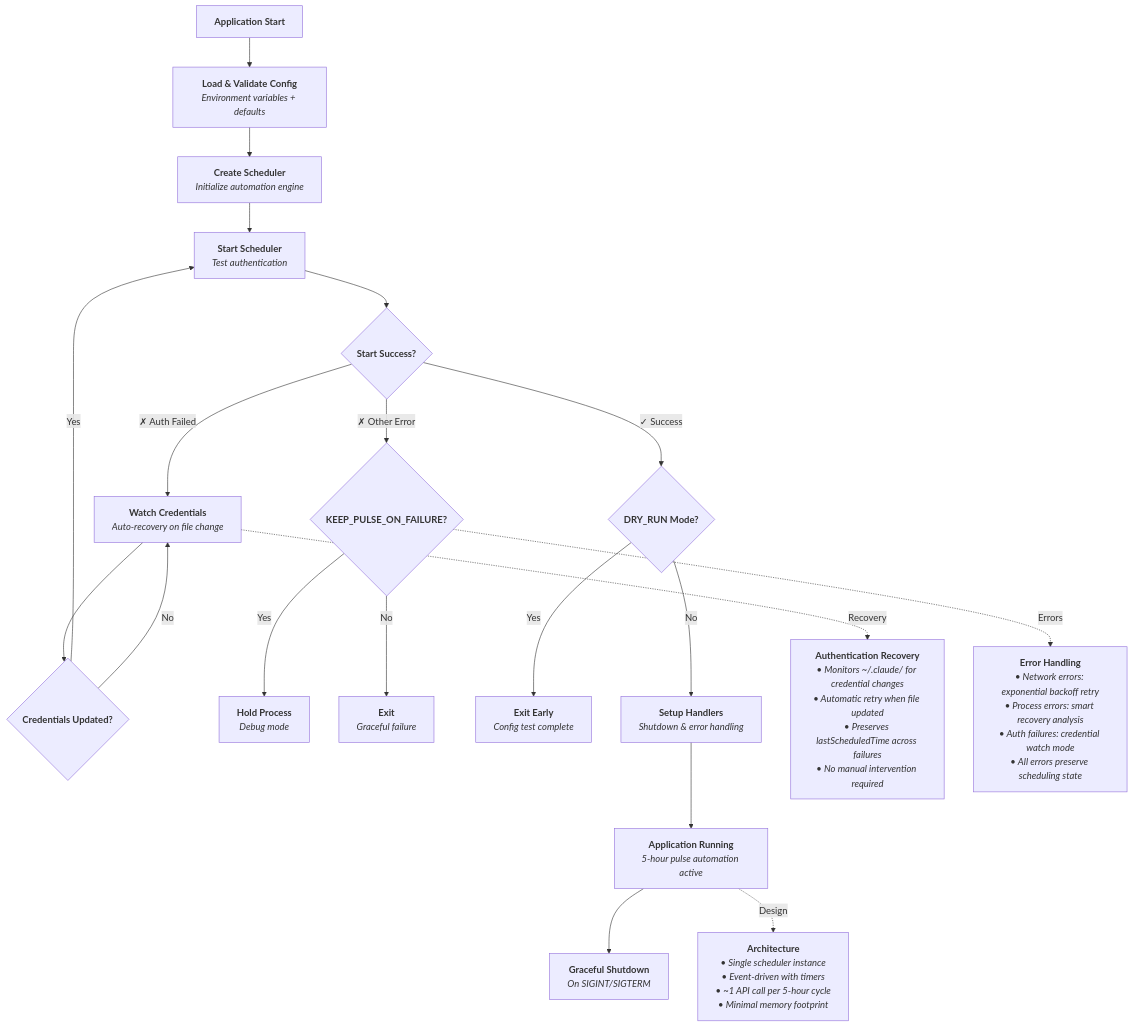
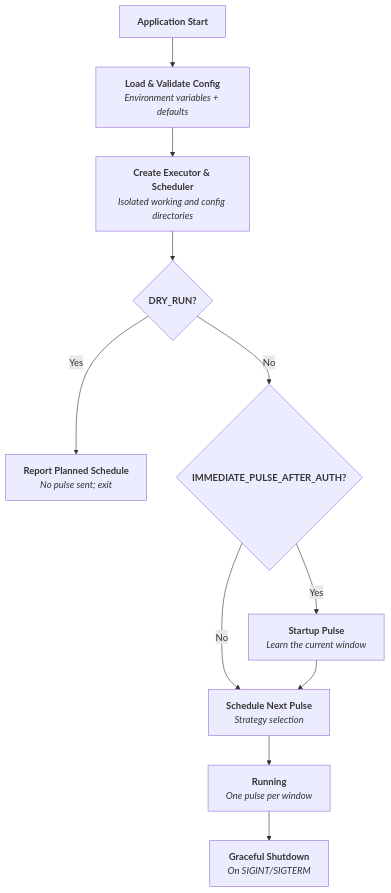
Before and after one commit to substance0/claudepulse: the second of 8 diagrams in docs/workflow-diagrams.md, drawn with Mermaid. The commit also changed other lines of this file and 5 other files, not shown here.

First line of the commit message:
docs: document window-driven scheduling and drop the data volume

````diff
--- a/docs/workflow-diagrams.md
+++ b/docs/workflow-diagrams.md
@@ -62,62 +52,26 @@
 ```mermaid
 graph TD
     A["`**Application Start**`"] --> B["`**Load & Validate Config**
     _Environment variables + defaults_`"]
 
-    B --> C["`**Create Scheduler**
-    _Initialize automation engine_`"]
+    B --> C["`**Create Executor & Scheduler**
+    _Isolated working and config directories_`"]
 
-    C --> D["`**Start Scheduler**
-    _Test authentication_`"]
+    C --> D{"`**DRY_RUN?**`"}
+    D -->|"Yes"| E["`**Report Planned Schedule**
+    _No pulse sent; exit_`"]
 
-    D --> E{"`**Start Success?**`"}
+    D -->|"No"| F{"`**IMMEDIATE_PULSE_AFTER_AUTH?**`"}
+    F -->|"Yes"| G["`**Startup Pulse**
+    _Learn the current window_`"]
+    F -->|"No"| H
 
-    E -->|"✗ Auth Failed"| F["`**Watch Credentials**
-    _Auto-recovery on file change_`"]
-    F --> G{"`**Credentials Updated?**`"}
-    G -->|"Yes"| D
-    G -->|"No"| F
+    G --> H["`**Schedule Next Pulse**
+    _Strategy selection_`"]
 
-    E -->|"✗ Other Error"| H{"`**KEEP_PULSE_ON_FAILURE?**`"}
-    H -->|"Yes"| I["`**Hold Process**
-    _Debug mode_`"]
-    H -->|"No"| J["`**Exit**
-    _Graceful failure_`"]
+    H --> I["`**Running**
+    _One pulse per window_`"]
 
-    E -->|"✓ Success"| K{"`**DRY_RUN Mode?**`"}
-
-    K -->|"Yes"| L["`**Exit Early**
-    _Config test complete_`"]
-
-    K -->|"No"| M["`**Setup Handlers**
-    _Shutdown & error handling_`"]
-
-    M --> N["`**Application Running**
-    _5-hour pulse automation active_`"]
-
-    N --> O["`**Graceful Shutdown**
+    I --> J["`**Graceful Shutdown**
     _On SIGINT/SIGTERM_`"]
-
-    %% Annotations
-    NOTE_AUTH["`**Authentication Recovery**
-    _• Monitors ~/.claude/ for credential changes
-    • Automatic retry when file updated
-    • Preserves lastScheduledTime across failures
-    • No manual intervention required_`"]
-
-    NOTE_ERROR["`**Error Handling**
-    _• Network errors: exponential backoff retry
-    • Process errors: smart recovery analysis
-    • Auth failures: credential watch mode
-    • All errors preserve scheduling state_`"]
-
-    NOTE_ARCH["`**Architecture**
-    _• Single scheduler instance
-    • Event-driven with timers
-    • ~1 API call per 5-hour cycle
-    • Minimal memory footprint_`"]
-
-    F -.->|"Recovery"| NOTE_AUTH
-    H -.->|"Errors"| NOTE_ERROR
-    N -.->|"Design"| NOTE_ARCH
 ```
````
